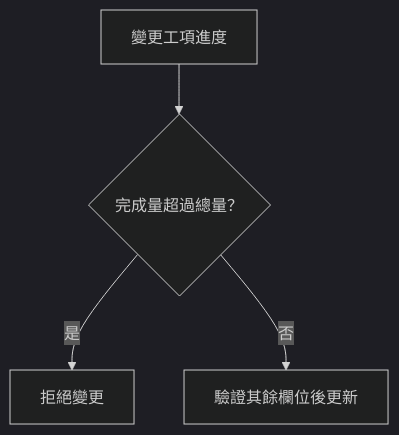
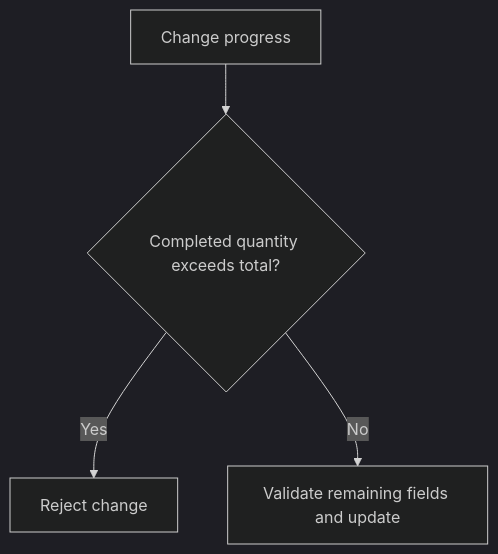
One commit to 963sup/line-mini-app-bot changed the diagram in docs/domains/repository/object/README.md. Above: the diagram before and after it, drawn with Mermaid (dark theme). The commit also changed other lines of this file and 341 other files, not shown here.

````diff
--- a/docs/domains/repository/object/README.md
+++ b/docs/domains/repository/object/README.md
@@ -27,6 +33,6 @@
 ```mermaid
 flowchart TD
-    start["變更工項進度"] --> gate{"完成量超過總量？"}
-    gate -->|是| ok["拒絕變更"]
-    gate -->|否| stop["驗證其餘欄位後更新"]
+    start["Change progress"] --> gate{"Completed quantity exceeds total?"}
+    gate -->|Yes| ok["Reject change"]
+    gate -->|No| stop["Validate remaining fields and update"]
 ```
````
